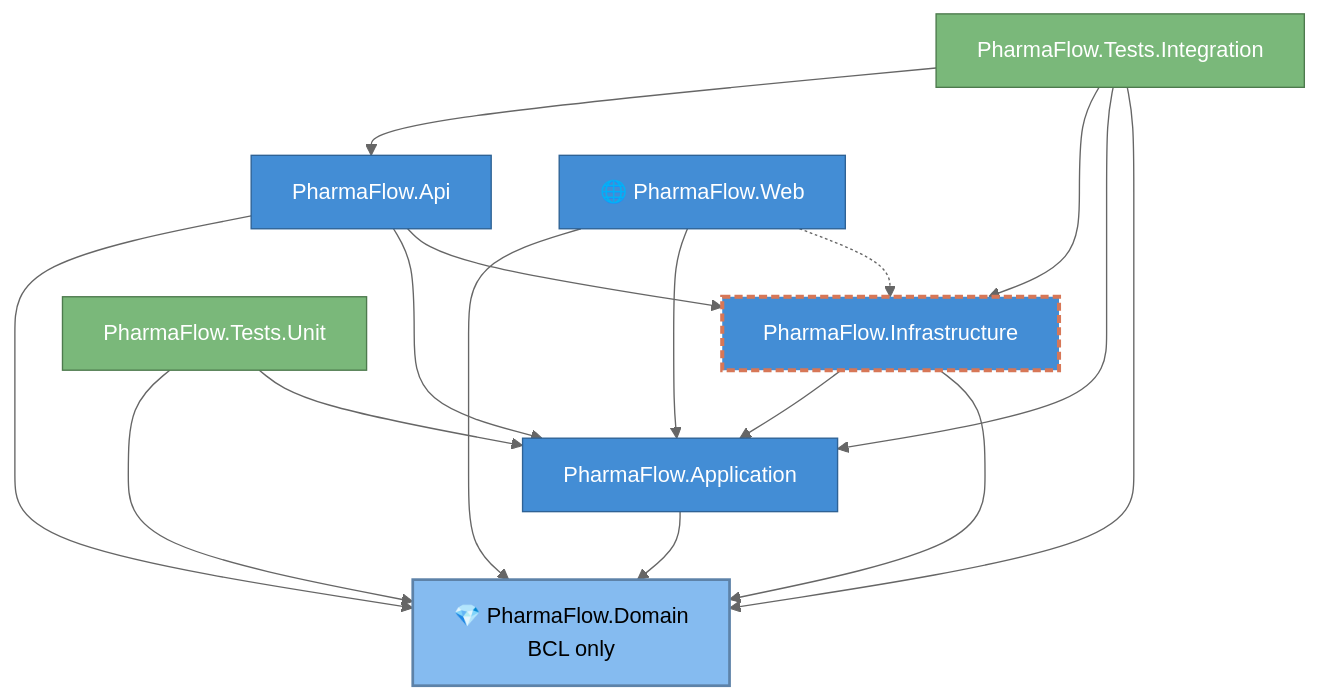
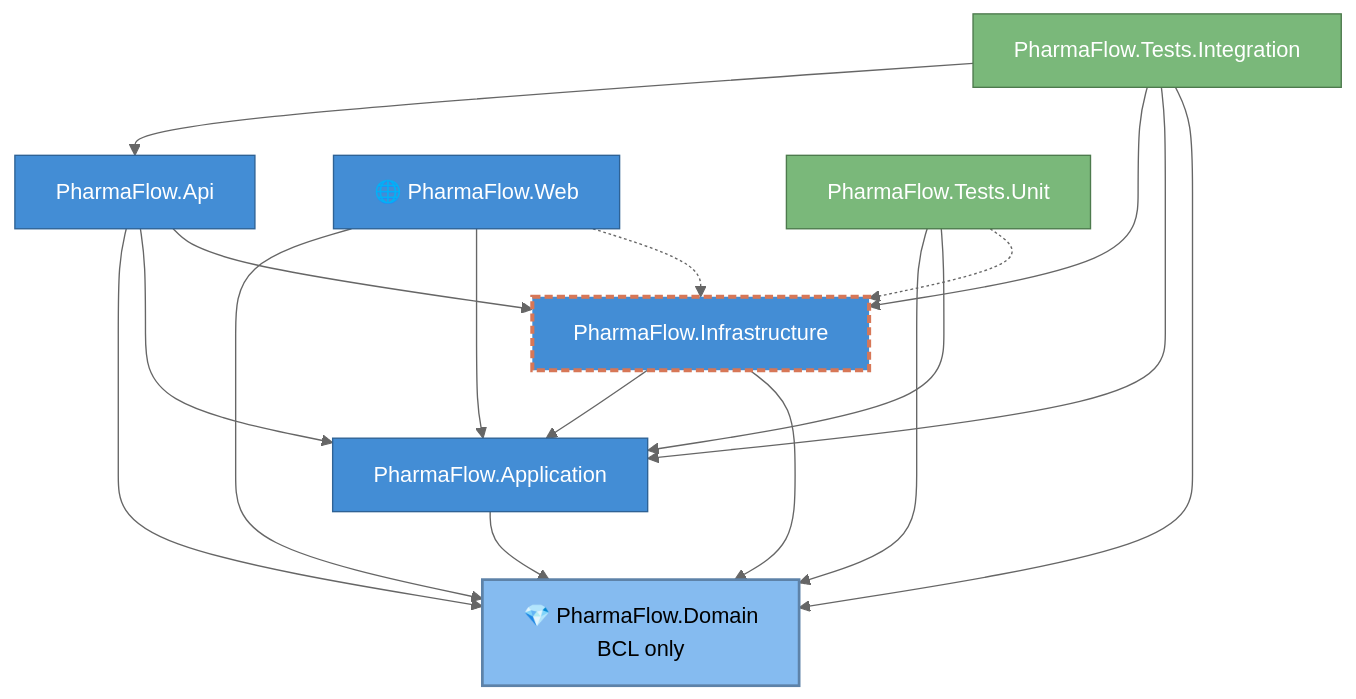
The diagram in Docs/Architecture/03-module-dependencies.md (Sergei-Bozhko/pharmaflow), drawn with Mermaid (neutral theme) before and after one commit. The commit also changed other lines of this file and 3 other files, not shown here.

````diff
--- a/Docs/Architecture/03-module-dependencies.md
+++ b/Docs/Architecture/03-module-dependencies.md
@@ -5,33 +5,34 @@
 ```mermaid
 flowchart TB
     classDef domain fill:#85bbf0,stroke:#5d82a8,color:#000,stroke-width:2px
     classDef src fill:#438dd5,stroke:#2e6295,color:#fff
     classDef test fill:#7ab87a,stroke:#4d7a4d,color:#fff
     classDef drift stroke:#d77757,stroke-width:3px,stroke-dasharray:6 3
 
     Domain["💎 PharmaFlow.Domain<br/>BCL only"]:::domain
     App["PharmaFlow.Application"]:::src
     Infra["PharmaFlow.Infrastructure"]:::src
     Api["PharmaFlow.Api"]:::src
     Web["🌐 PharmaFlow.Web"]:::src
 
     Unit["PharmaFlow.Tests.Unit"]:::test
     Integ["PharmaFlow.Tests.Integration"]:::test
 
     App --> Domain
     Infra --> App
     Infra --> Domain
     Api --> Domain
     Api --> App
     Api --> Infra
     Web --> Domain
     Web --> App
     Web -.-> Infra:::drift
 
     Unit --> Domain
     Unit --> App
+    Unit -.-> Infra:::drift
     Integ --> Api
     Integ --> Infra
     Integ --> App
     Integ --> Domain
 ```
````
